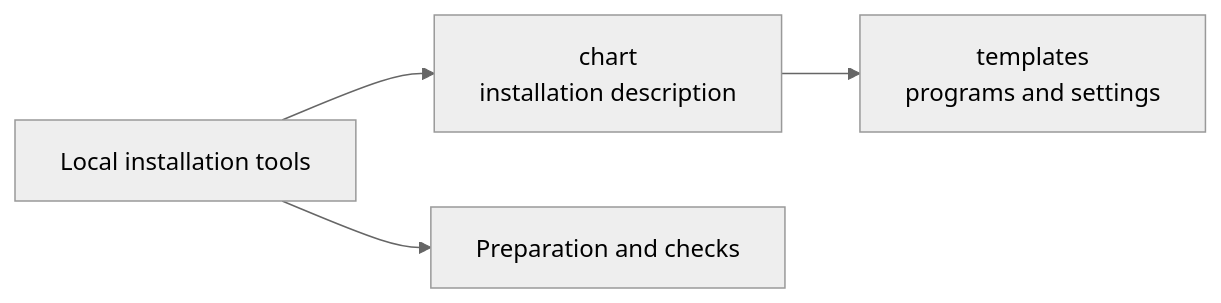
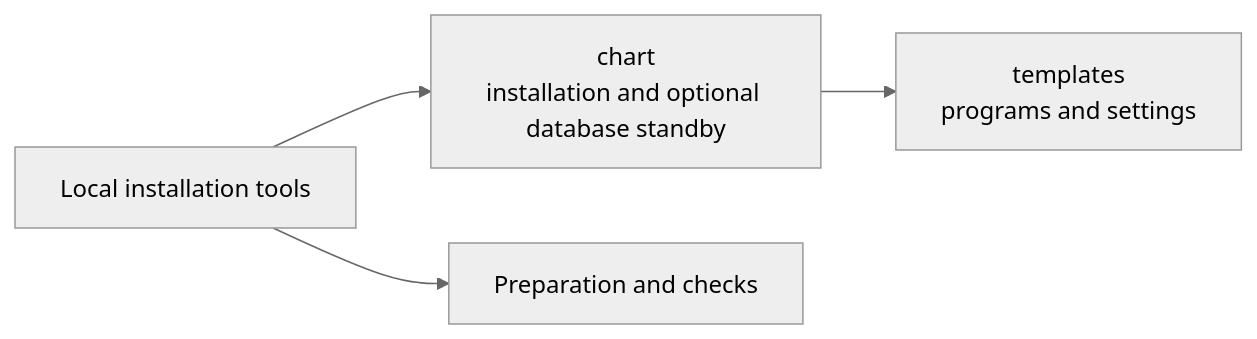
Before and after one commit to elewa-git/opencrane-new: the diagram in infra/package/chart/README.md, drawn with Mermaid (neutral theme). The commit also changed other lines of this file and 13 other files, not shown here.

Commit message:
🗄️ Render PostgreSQL with an optional checked standby

````diff
--- a/infra/package/chart/README.md
+++ b/infra/package/chart/README.md
@@ -29,6 +30,6 @@
 ```mermaid
 flowchart LR
-  package["Local installation tools"] --> chart["chart<br/>installation description"]
+  package["Local installation tools"] --> chart["chart<br/>installation and optional database standby"]
   package --> prepare["Preparation and checks"]
   chart --> templates["templates<br/>programs and settings"]
 ```
````
